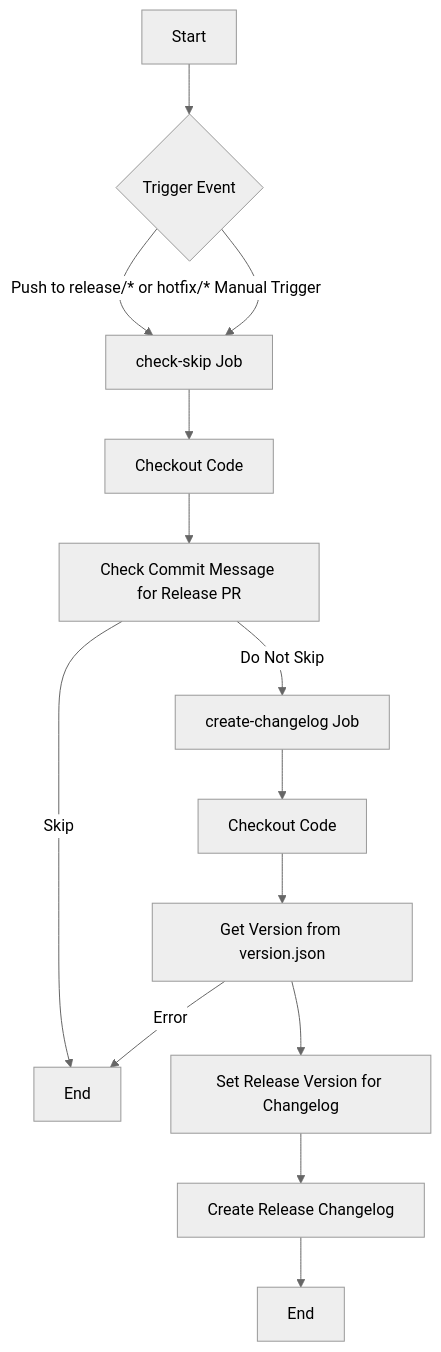
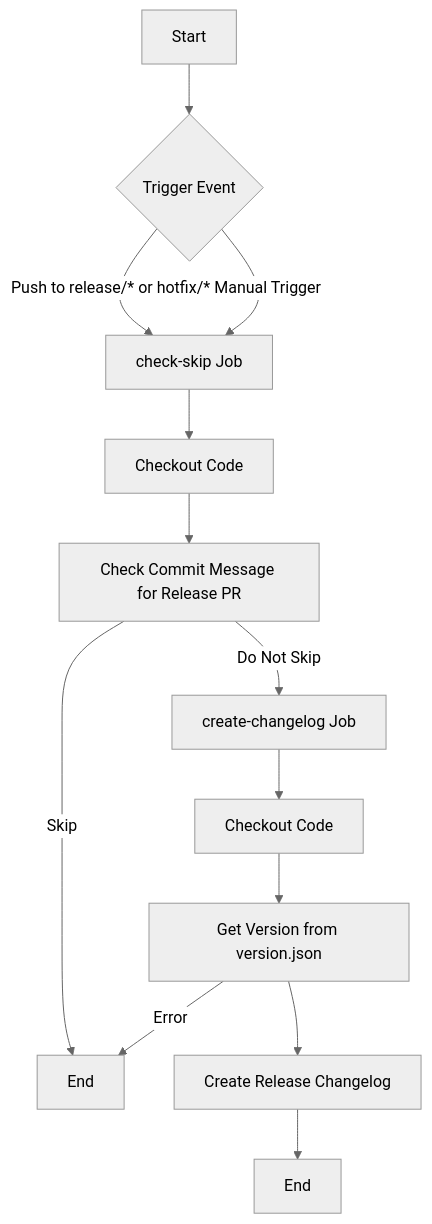
Before and after one commit to pyx-industries/pyx-identity-resolver: the second of 4 diagrams in RELEASE_MANAGEMENT_GUIDE.md, drawn with Mermaid (neutral theme). The commit also changed other lines of this file and 5 other files, not shown here.

````diff
--- a/RELEASE_MANAGEMENT_GUIDE.md
+++ b/RELEASE_MANAGEMENT_GUIDE.md
@@ -249,16 +238,15 @@
 ```mermaid
 flowchart TD
     A[Start] --> B{Trigger Event}
     B -->|Push to release/* or hotfix/*| C[check-skip Job]
     B -->|Manual Trigger| C
     C --> D[Checkout Code]
     D --> E[Check Commit Message for Release PR]
     E -->|Skip| F[End]
     E -->|Do Not Skip| G[create-changelog Job]
     G --> H[Checkout Code]
     H --> I[Get Version from version.json]
     I -->|Error| F
-    I --> J[Set Release Version for Changelog]
-    J --> K[Create Release Changelog]
-    K --> L[End]
+    I --> J[Create Release Changelog]
+    J --> K[End]
 ```
````
